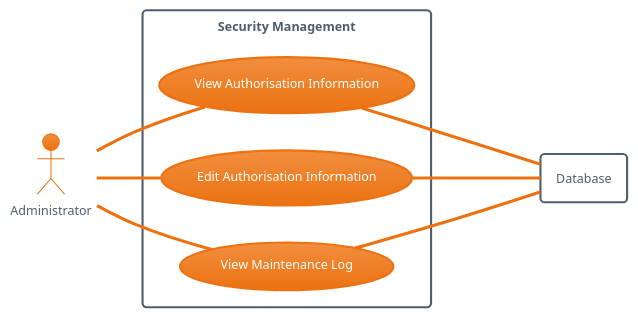
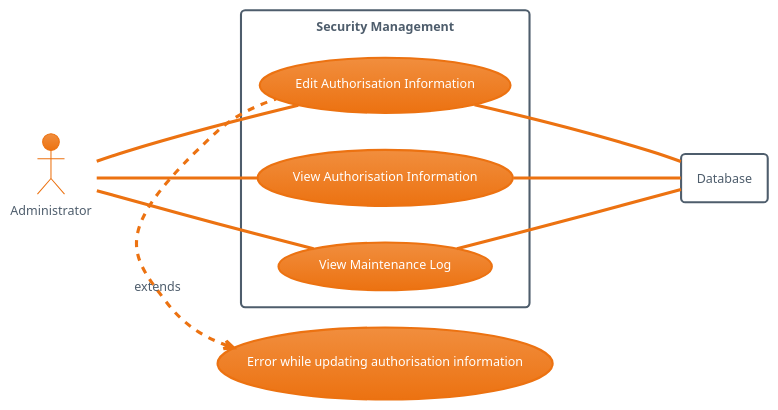
Before and after one commit to NikitaEdin/SET09102-2025-TR2: the diagram in DOCS/Diagrams/Administrator/Administrator-Diagram-2.puml, drawn with PlantUML. The commit also changed 6 other files, not shown here.

Commit message:
fix diagrams to include extends

```diff
--- a/DOCS/Diagrams/Administrator/Administrator-Diagram-2.puml
+++ b/DOCS/Diagrams/Administrator/Administrator-Diagram-2.puml
@@ -2,24 +1,27 @@
 @startuml
 !theme aws-orange
 left to right direction
 
 actor Admin as "Administrator"
 
 rectangle Database
+
+    usecase UC4 as "Error while updating authorisation information"
 
 rectangle "Security Management" {
 
     usecase UC1 as "View Authorisation Information"
     usecase UC2 as "Edit Authorisation Information"
     usecase UC3 as "View Maintenance Log"
 
     Admin -- UC1
     Admin -- UC2
     Admin -- UC3
 
     UC1 --- Database
     UC2 --- Database
     UC3 --- Database
 
+    UC4 <. UC2 : extends
 }
 @enduml
```
